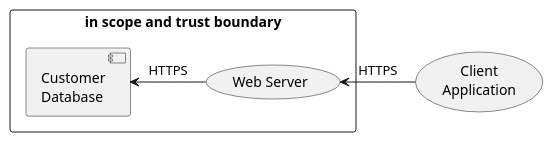
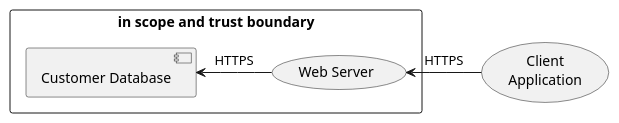
One commit to johnlwhiteman/living-threat-models changed the diagram in models/plantuml.md. Above: the diagram before and after it, drawn with PlantUML. The commit also changed 2 other files, not shown here.

Commit message:
Saved git flow stuff

````diff
--- a/models/plantuml.md
+++ b/models/plantuml.md
@@ -3,8 +3,8 @@
 ```plantuml
 @startuml
 rectangle "in scope and trust boundary" {
-  [Customer\nDatabase] <- (Web Server):HTTPS
+  [Customer Database] <- (Web Server):HTTPS
 }
 (Web Server) <- (Client\nApplication):HTTPS
 @enduml
 ```
````
